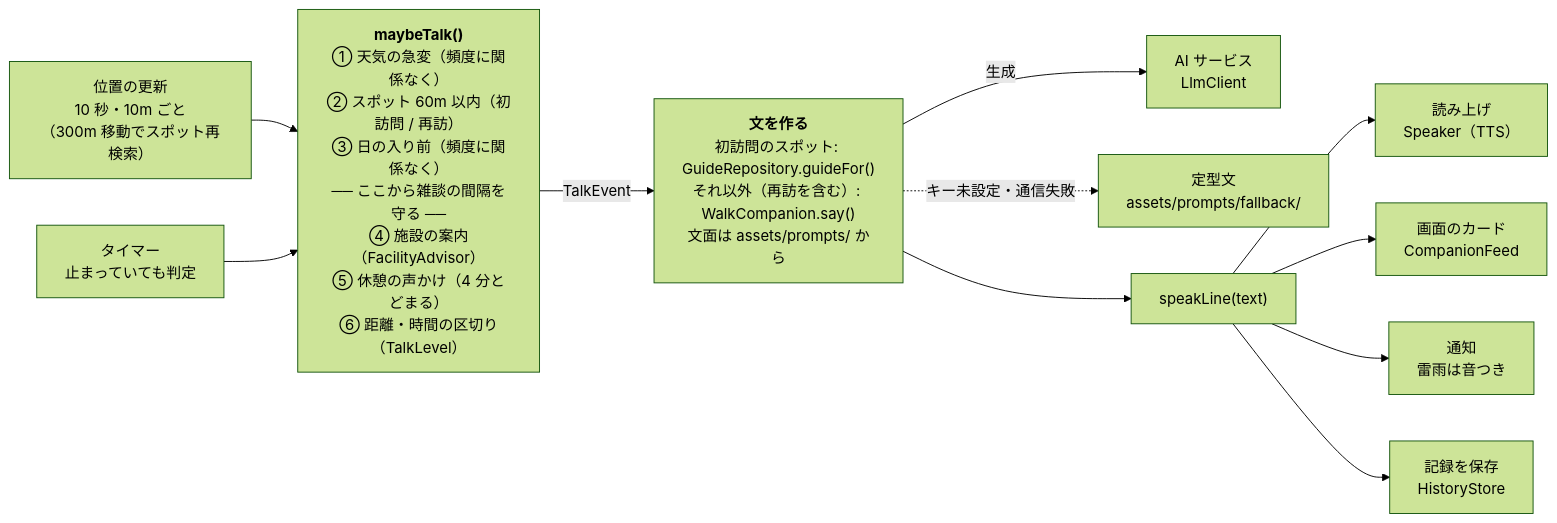
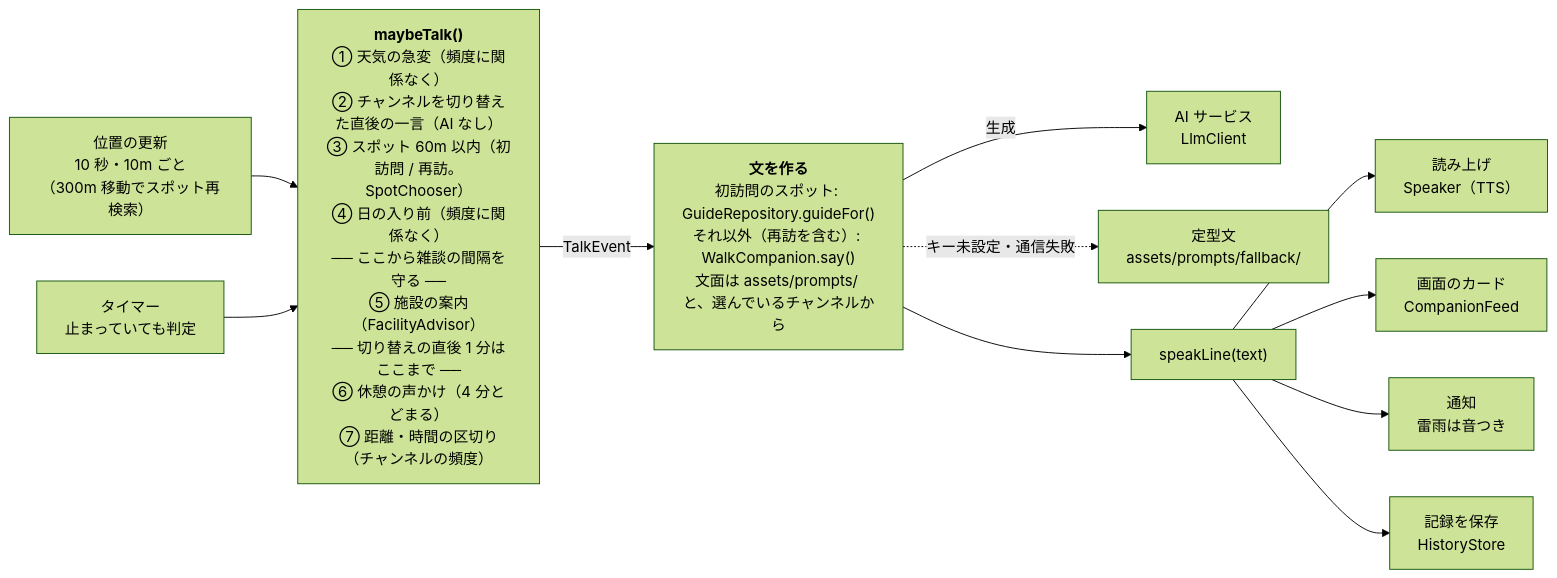
Before and after one commit to duwenji/SanpoGuide: the second of 6 diagrams in docs/architecture.md, drawn with Mermaid (forest theme). The commit also changed other lines of this file and 7 other files, not shown here.

First line of the commit message:
docs: チャンネル機能に合わせて構造図・README を更新し、審査基準の草案を追加

````diff
--- a/docs/architecture.md
+++ b/docs/architecture.md
@@ -66,16 +67,16 @@
 ```mermaid
 flowchart LR
   Loc["位置の更新<br/>10 秒・10m ごと<br/>（300m 移動でスポット再検索）"] --> Talk
   Tick["タイマー<br/>止まっていても判定"] --> Talk
 
-  Talk["<b>maybeTalk()</b><br/>① 天気の急変（頻度に関係なく）<br/>② スポット 60m 以内（初訪問 / 再訪）<br/>③ 日の入り前（頻度に関係なく）<br/>── ここから雑談の間隔を守る ──<br/>④ 施設の案内（FacilityAdvisor）<br/>⑤ 休憩の声かけ（4 分とどまる）<br/>⑥ 距離・時間の区切り（TalkLevel）"]
+  Talk["<b>maybeTalk()</b><br/>① 天気の急変（頻度に関係なく）<br/>② チャンネルを切り替えた直後の一言（AI なし）<br/>③ スポット 60m 以内（初訪問 / 再訪。SpotChooser）<br/>④ 日の入り前（頻度に関係なく）<br/>── ここから雑談の間隔を守る ──<br/>⑤ 施設の案内（FacilityAdvisor）<br/>── 切り替えの直後 1 分はここまで ──<br/>⑥ 休憩の声かけ（4 分とどまる）<br/>⑦ 距離・時間の区切り（チャンネルの頻度）"]
 
-  Talk -- "TalkEvent" --> Compose["<b>文を作る</b><br/>初訪問のスポット: GuideRepository.guideFor()<br/>それ以外（再訪を含む）: WalkCompanion.say()<br/>文面は assets/prompts/ から"]
+  Talk -- "TalkEvent" --> Compose["<b>文を作る</b><br/>初訪問のスポット: GuideRepository.guideFor()<br/>それ以外（再訪を含む）: WalkCompanion.say()<br/>文面は assets/prompts/ と、選んでいるチャンネルから"]
   Compose -- "生成" --> AI["AI サービス<br/>LlmClient"]
   Compose -. "キー未設定・通信失敗" .-> Fallback["定型文<br/>assets/prompts/fallback/"]
   Compose --> Speak["speakLine(text)"]
   Speak --> Speaker["読み上げ<br/>Speaker（TTS）"]
   Speak --> Feed["画面のカード<br/>CompanionFeed"]
   Speak --> Notify["通知<br/>雷雨は音つき"]
   Speak --> Save["記録を保存<br/>HistoryStore"]
 ```
````
